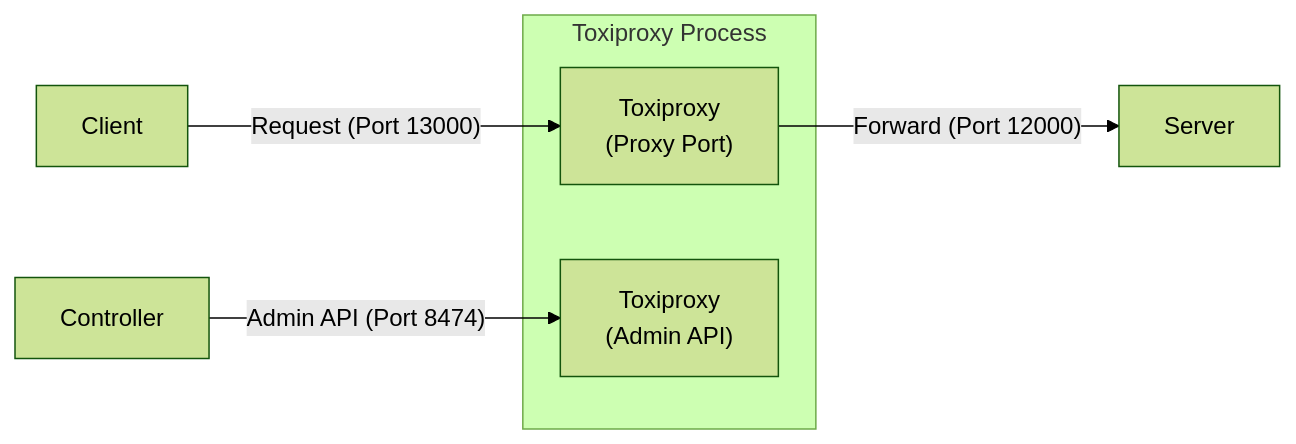
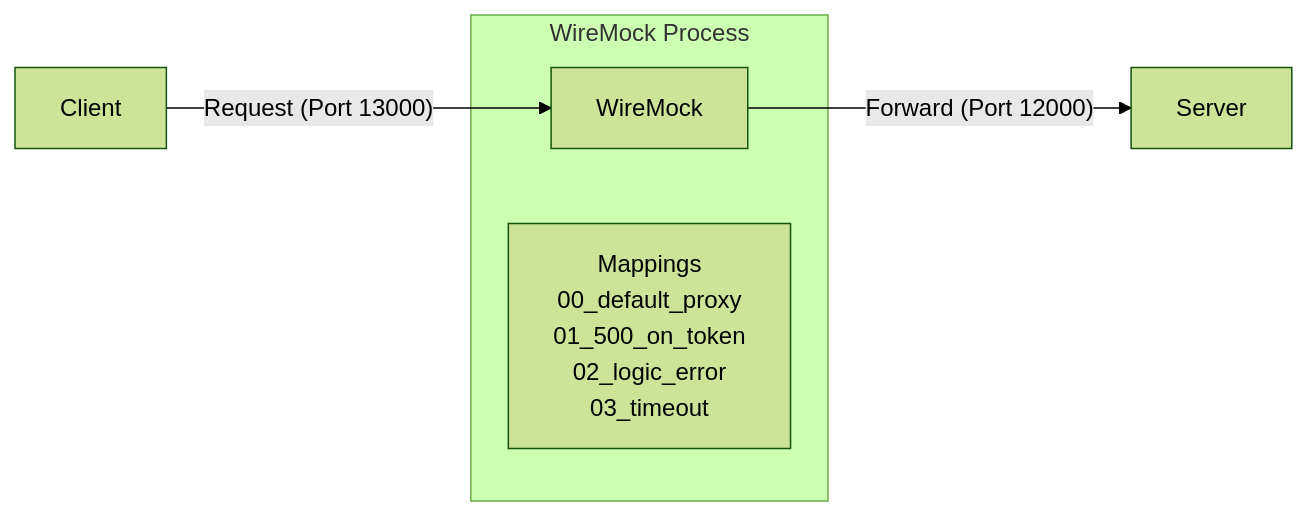
Before and after one commit to umbalaconmeogia/usage-toxi-proxy: the first of 2 diagrams in tests/03_WireMockWithControl/README.md, drawn with Mermaid (forest theme). The commit also changed other lines of this file and 17 other files, not shown here.

Commit message:
Complete 03_WireMockWithControl

````diff
--- a/tests/03_WireMockWithControl/README.md
+++ b/tests/03_WireMockWithControl/README.md
@@ -7,11 +12,10 @@
 ```mermaid
 graph LR
-    Client["Client"] -- "Request (Port 13000)" --> TP_Proxy["Toxiproxy\n(Proxy Port)"]
-    TP_Proxy -- "Forward (Port 12000)" --> Server["Server"]
-    Controller["Controller"] -- "Admin API (Port 8474)" --> TP_Admin["Toxiproxy\n(Admin API)"]
+    Client["Client"] -- "Request (Port 13000)" --> WM_Proxy["WireMock"]
+    WM_Proxy -- "Forward (Port 12000)" --> Server["Server"]
   
-    subgraph "Toxiproxy Process"
-        TP_Proxy
-        TP_Admin
+    subgraph "WireMock Process"
+        WM_Proxy
+        WM_Mappings["Mappings<br>00_default_proxy<br>01_500_on_token<br>02_logic_error<br>03_timeout"]
     end
 ```
````
